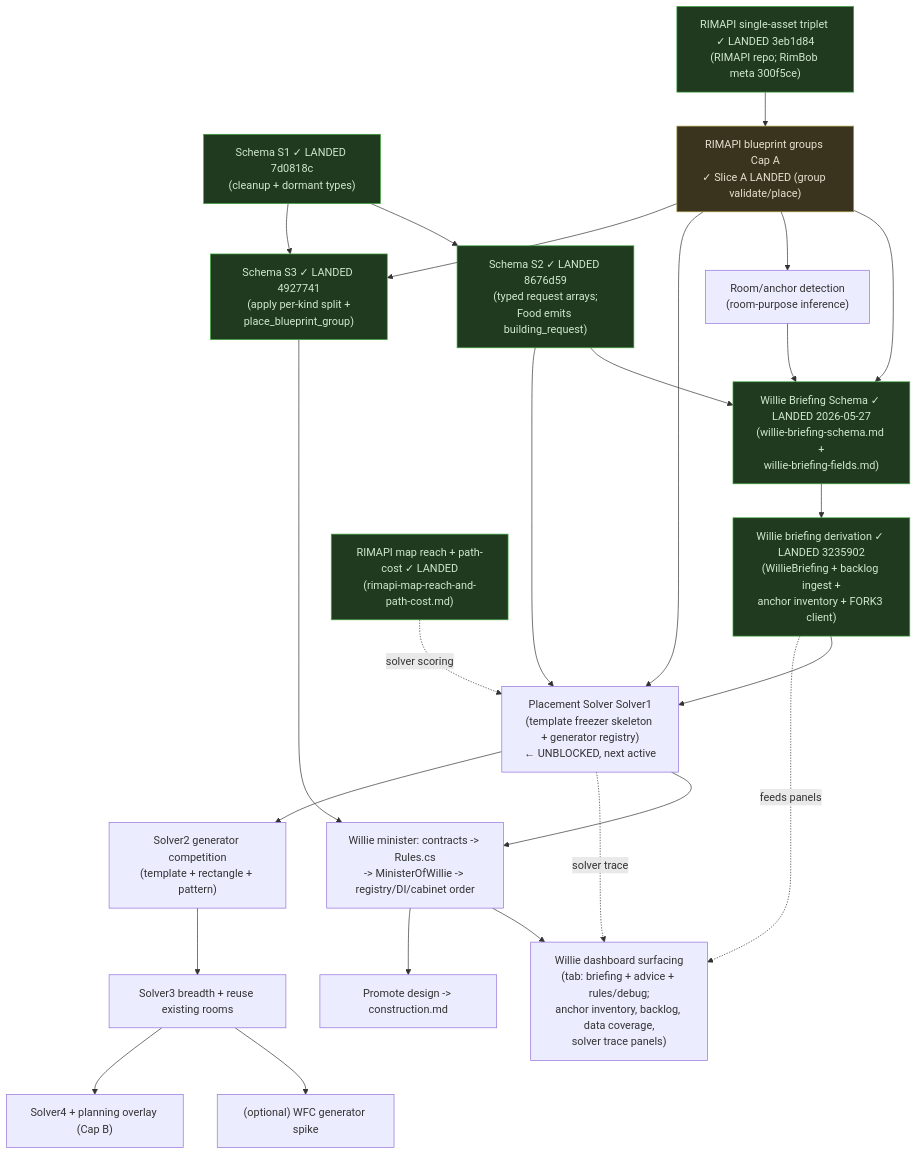
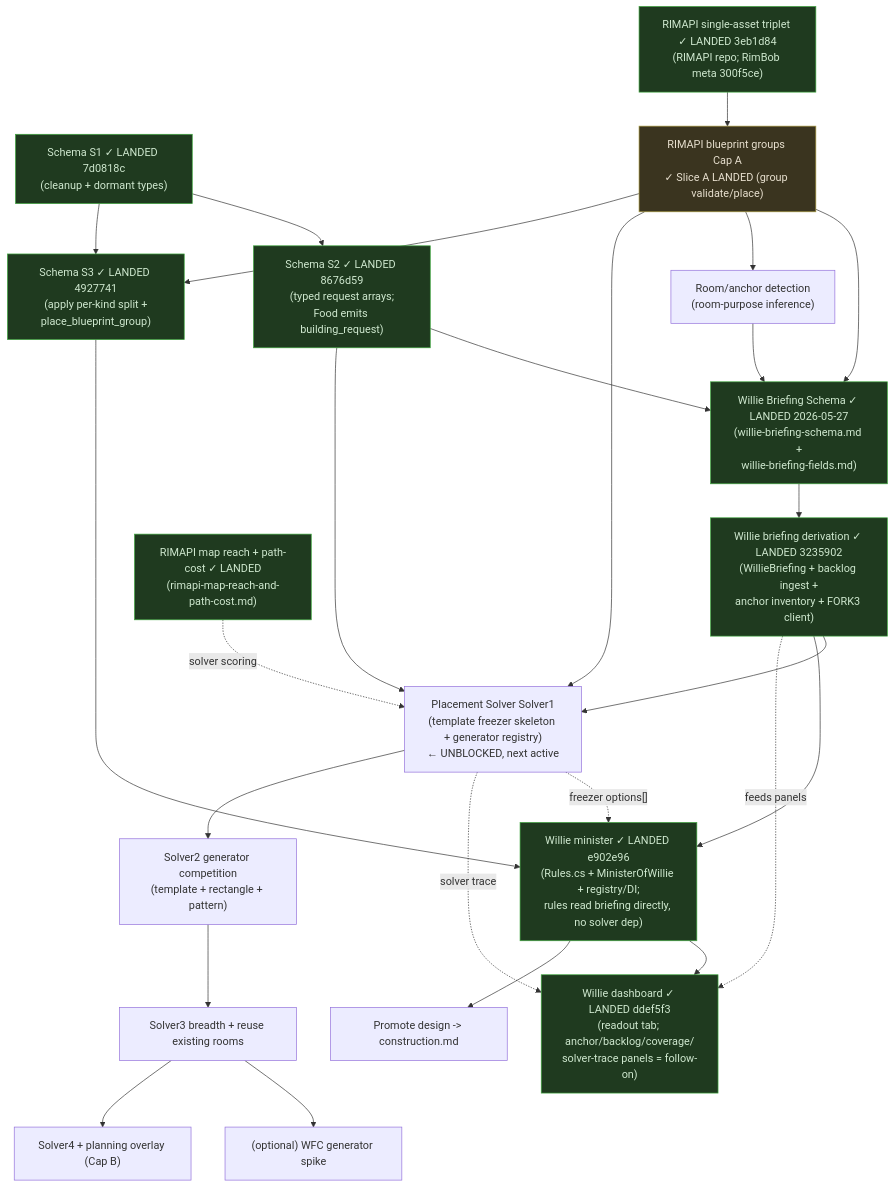
One commit to ocaspi-sc/RimBob changed the diagram in .plans/willie-meta-plan.md. Above: the diagram before and after it, drawn with Mermaid. The commit also changed other lines of this file, not shown here.

First line of the commit message:
[plans] willie-meta-plan: mark minister + dashboard readout landed

````diff
--- a/.plans/willie-meta-plan.md
+++ b/.plans/willie-meta-plan.md
@@ -155,30 +155,31 @@
 ```mermaid
 flowchart TD
   S1["Schema S1 ✓ LANDED 7d0818c<br/>(cleanup + dormant types)"] --> S2["Schema S2 ✓ LANDED 8676d59<br/>(typed request arrays;<br/>Food emits building_request)"]
   FORK1["RIMAPI single-asset triplet ✓ LANDED 3eb1d84<br/>(RIMAPI repo; RimBob meta 300f5ce)"] --> FORK2["RIMAPI blueprint groups Cap A<br/>✓ Slice A LANDED (group validate/place)"]
   S2 --> SCHEMA["Willie Briefing Schema ✓ LANDED 2026-05-27<br/>(willie-briefing-schema.md +<br/>willie-briefing-fields.md)"]
   FORK2 --> SCHEMA
   FORK2 --> ROOM["Room/anchor detection<br/>(room-purpose inference)"]
   ROOM --> SCHEMA
   SCHEMA --> DERIV["Willie briefing derivation ✓ LANDED 3235902<br/>(WillieBriefing + backlog ingest +<br/>anchor inventory + FORK3 client)"]
   DERIV --> Solver1["Placement Solver Solver1<br/>(template freezer skeleton + generator registry)<br/>← UNBLOCKED, next active"]
   S2 --> Solver1
   FORK2 --> Solver1
   FORK3["RIMAPI map reach + path-cost ✓ LANDED<br/>(rimapi-map-reach-and-path-cost.md)"] -.solver scoring.-> Solver1
-  Solver1 --> WILLIE["Willie minister: contracts -> Rules.cs<br/>-> MinisterOfWillie -> registry/DI/cabinet order"]
+  DERIV --> WILLIE["Willie minister ✓ LANDED e902e96<br/>(Rules.cs + MinisterOfWillie + registry/DI;<br/>rules read briefing directly, no solver dep)"]
   S1 --> S3["Schema S3 ✓ LANDED 4927741<br/>(apply per-kind split +<br/>place_blueprint_group)"]
   FORK2 --> S3
   S3 --> WILLIE
-  WILLIE --> DASH["Willie dashboard surfacing<br/>(tab: briefing + advice + rules/debug;<br/>anchor inventory, backlog, data coverage,<br/>solver trace panels)"]
+  Solver1 -.freezer options[].-> WILLIE
+  WILLIE --> DASH["Willie dashboard ✓ LANDED ddef5f3<br/>(readout tab; anchor/backlog/coverage/<br/>solver-trace panels = follow-on)"]
   DERIV -.feeds panels.-> DASH
   Solver1 -.solver trace.-> DASH
   Solver1 --> Solver2["Solver2 generator competition<br/>(template + rectangle + pattern)"] --> Solver3["Solver3 breadth + reuse existing rooms"]
   WILLIE --> PROMOTE["Promote design -> construction.md"]
   Solver3 --> WFC["(optional) WFC generator spike"]
   Solver3 --> SOLVER4B["Solver4 + planning overlay (Cap B)"]
 
   classDef done fill:#1f3a1f,stroke:#3fa83f,color:#cfe8cf;
-  class S1,S2,S3,FORK1,FORK3,SCHEMA,DERIV done;
+  class S1,S2,S3,FORK1,FORK3,SCHEMA,DERIV,WILLIE,DASH done;
   classDef partial fill:#3a341f,stroke:#a8993f,color:#e8e0cf;
   class FORK2 partial;
 ```
````
